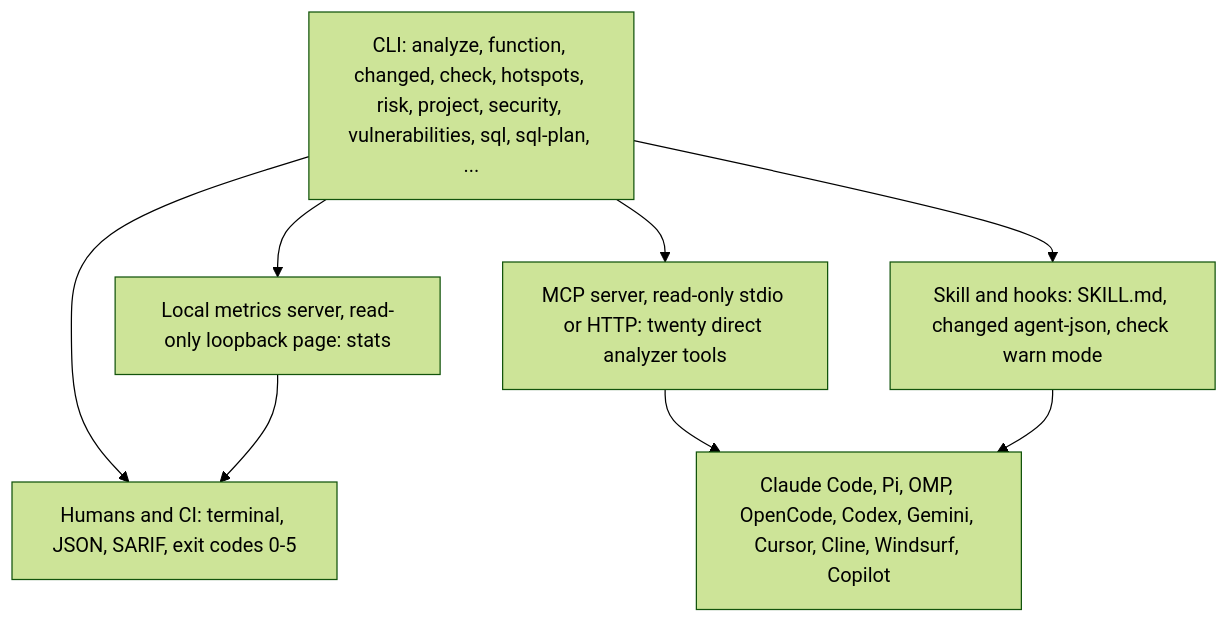
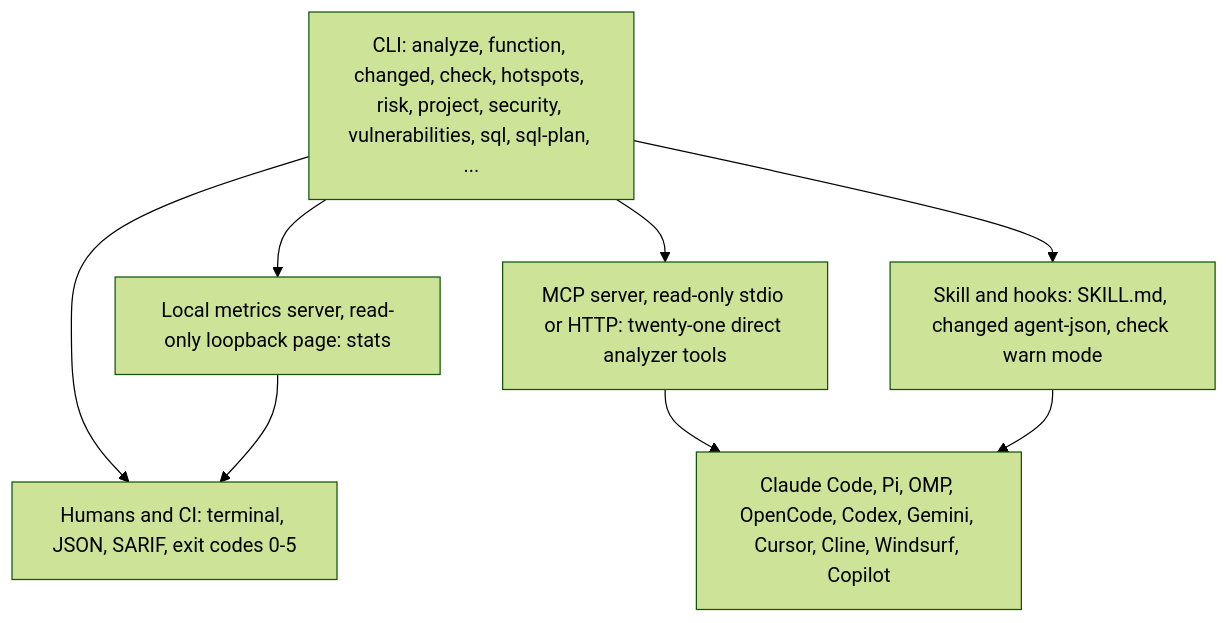
Before and after one commit to jbt95/leadline: the second of 3 diagrams in README.md, drawn with Mermaid (forest theme). The commit also changed other lines of this file and 10 other files, not shown here.

````diff
--- a/README.md
+++ b/README.md
@@ -139,11 +139,11 @@
 ```mermaid
 flowchart TD
     CLI["CLI: analyze, function, changed, check, hotspots, risk, project, security, vulnerabilities, sql, sql-plan, ..."]
     CLI --> Human["Humans and CI: terminal, JSON, SARIF, exit codes 0-5"]
-    CLI --> MCP["MCP server, read-only stdio or HTTP: twenty direct analyzer tools"]
+    CLI --> MCP["MCP server, read-only stdio or HTTP: twenty-one direct analyzer tools"]
     MCP --> Harnesses["Claude Code, Pi, OMP, OpenCode, Codex, Gemini, Cursor, Cline, Windsurf, Copilot"]
     CLI --> Stats["Local metrics server, read-only loopback page: stats"]
     Stats --> Human
     CLI --> Skill["Skill and hooks: SKILL.md, changed agent-json, check warn mode"]
     Skill --> Harnesses
 ```
````
